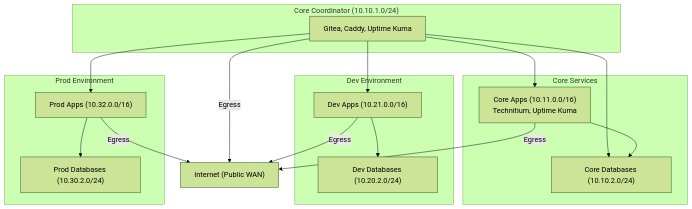
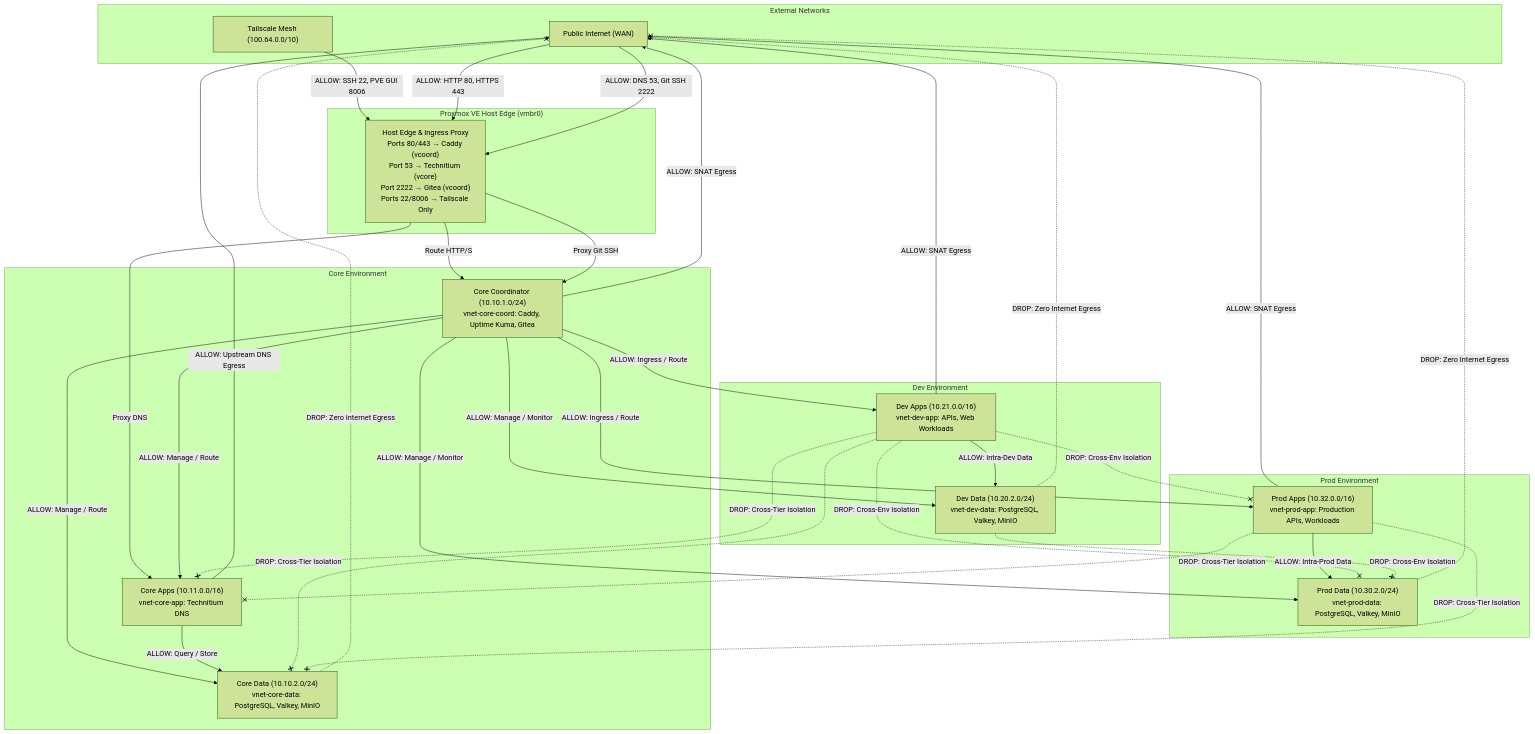
Before and after one commit to InAnYan/server-management: the diagram in docs/conventions/networking.md, drawn with Mermaid (forest theme). The commit also changed 3 other files, not shown here.

Commit message:
docs: add architecture, networking rules, and vm setup workflow diagrams

````diff
--- a/docs/conventions/networking.md
+++ b/docs/conventions/networking.md
@@ -74,37 +74,66 @@
 ```mermaid
 flowchart TD
-    Internet["Internet (Public WAN)"]
-
-    subgraph CoreCoordinator["Core Coordinator (10.10.1.0/24)"]
-        CoordApps["Gitea, Caddy, Uptime Kuma"]
+    subgraph External["External Networks"]
+        Internet["Public Internet (WAN)"]
+        Tailscale["Tailscale Mesh (100.64.0.0/10)"]
     end
 
-    subgraph CoreTier["Core Services"]
-        CoreApps["Core Apps (10.11.0.0/16)<br/>Technitium, Uptime Kuma"]
-        CoreDB["Core Databases (10.10.2.0/24)"]
+    subgraph HostGateway["Proxmox VE Host Edge (vmbr0)"]
+        HostIngress["Host Edge & Ingress Proxy<br/>Ports 80/443 &rarr; Caddy (vcoord)<br/>Port 53 &rarr; Technitium (vcore)<br/>Port 2222 &rarr; Gitea (vcoord)<br/>Ports 22/8006 &rarr; Tailscale Only"]
+    end
+
+    subgraph CoreTier["Core Environment"]
+        vcoord["Core Coordinator (10.10.1.0/24)<br/>vnet-core-coord: Caddy, Uptime Kuma, Gitea"]
+        vcore["Core Apps (10.11.0.0/16)<br/>vnet-core-app: Technitium DNS"]
+        vcdb["Core Data (10.10.2.0/24)<br/>vnet-core-data: PostgreSQL, Valkey, MinIO"]
     end
 
     subgraph DevTier["Dev Environment"]
-        DevApps["Dev Apps (10.21.0.0/16)"]
-        DevDB["Dev Databases (10.20.2.0/24)"]
+        vdev["Dev Apps (10.21.0.0/16)<br/>vnet-dev-app: APIs, Web Workloads"]
+        vddb["Dev Data (10.20.2.0/24)<br/>vnet-dev-data: PostgreSQL, Valkey, MinIO"]
     end
 
     subgraph ProdTier["Prod Environment"]
-        ProdApps["Prod Apps (10.32.0.0/16)"]
-        ProdDB["Prod Databases (10.30.2.0/24)"]
+        vprod["Prod Apps (10.32.0.0/16)<br/>vnet-prod-app: Production APIs, Workloads"]
+        vpdb["Prod Data (10.30.2.0/24)<br/>vnet-prod-data: PostgreSQL, Valkey, MinIO"]
     end
 
-    CoordApps -->|"Egress"| Internet
-    CoreApps -->|"Egress"| Internet
-    DevApps -->|"Egress"| Internet
-    ProdApps -->|"Egress"| Internet
+    %% External Ingress
+    Tailscale -->|"ALLOW: SSH 22, PVE GUI 8006"| HostIngress
+    Internet -->|"ALLOW: HTTP 80, HTTPS 443"| HostIngress
+    Internet -->|"ALLOW: DNS 53, Git SSH 2222"| HostIngress
+    HostIngress -->|"Route HTTP/S"| vcoord
+    HostIngress -->|"Proxy DNS"| vcore
+    HostIngress -->|"Proxy Git SSH"| vcoord
 
-    CoordApps --> CoreApps
-    CoordApps --> CoreDB
-    CoordApps --> DevApps
-    CoordApps --> ProdApps
+    %% Coordinator Management Flows (Allowed)
+    vcoord -->|"ALLOW: Manage / Route"| vcore
+    vcoord -->|"ALLOW: Manage / Route"| vcdb
+    vcoord -->|"ALLOW: Ingress / Route"| vdev
+    vcoord -->|"ALLOW: Manage / Monitor"| vddb
+    vcoord -->|"ALLOW: Ingress / Route"| vprod
+    vcoord -->|"ALLOW: Manage / Monitor"| vpdb
 
-    CoreApps --> CoreDB
-    DevApps --> DevDB
-    ProdApps --> ProdDB
+    %% Intra-Environment Flows (Allowed)
+    vcore -->|"ALLOW: Query / Store"| vcdb
+    vdev -->|"ALLOW: Intra-Dev Data"| vddb
+    vprod -->|"ALLOW: Intra-Prod Data"| vpdb
+
+    %% Outbound Internet Egress (SNAT Allowed)
+    vcoord -->|"ALLOW: SNAT Egress"| Internet
+    vcore -->|"ALLOW: Upstream DNS Egress"| Internet
+    vdev -->|"ALLOW: SNAT Egress"| Internet
+    vprod -->|"ALLOW: SNAT Egress"| Internet
+
+    %% Native Datacenter Firewall DROP Rules
+    vdev -.-x|"DROP: Cross-Env Isolation"| vprod
+    vdev -.-x|"DROP: Cross-Env Isolation"| vpdb
+    vddb -.-x|"DROP: Cross-Env Isolation"| vpdb
+    vdev -.-x|"DROP: Cross-Tier Isolation"| vcore
+    vdev -.-x|"DROP: Cross-Tier Isolation"| vcdb
+    vprod -.-x|"DROP: Cross-Tier Isolation"| vcore
+    vprod -.-x|"DROP: Cross-Tier Isolation"| vcdb
+    vcdb -.-x|"DROP: Zero Internet Egress"| Internet
+    vddb -.-x|"DROP: Zero Internet Egress"| Internet
+    vpdb -.-x|"DROP: Zero Internet Egress"| Internet
 ```
````
